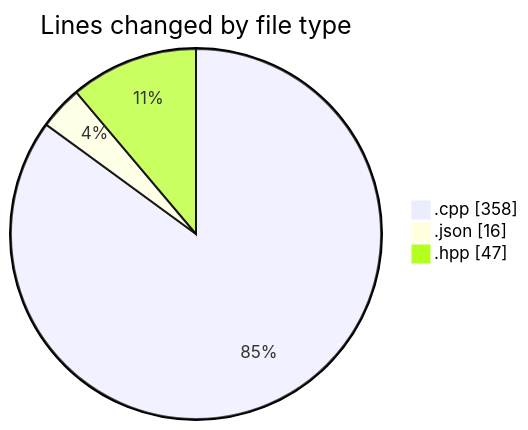
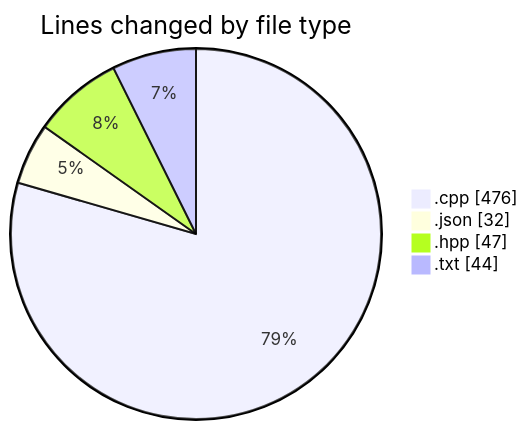
Before and after one commit to Netris89/code-tracking: the first of 2 diagrams in 2025-04-21/echo/README.md, drawn with Mermaid. The commit also changed other lines of this file and 1 other file, not shown here.

````diff
--- a/2025-04-21/echo/README.md
+++ b/2025-04-21/echo/README.md
@@ -24,7 +25,8 @@
 ```mermaid
 pie showData
 title Lines changed by file type
-".cpp" : 358
-".json" : 16
+".cpp" : 476
+".json" : 32
 ".hpp" : 47
+".txt" : 44
 ```
````
